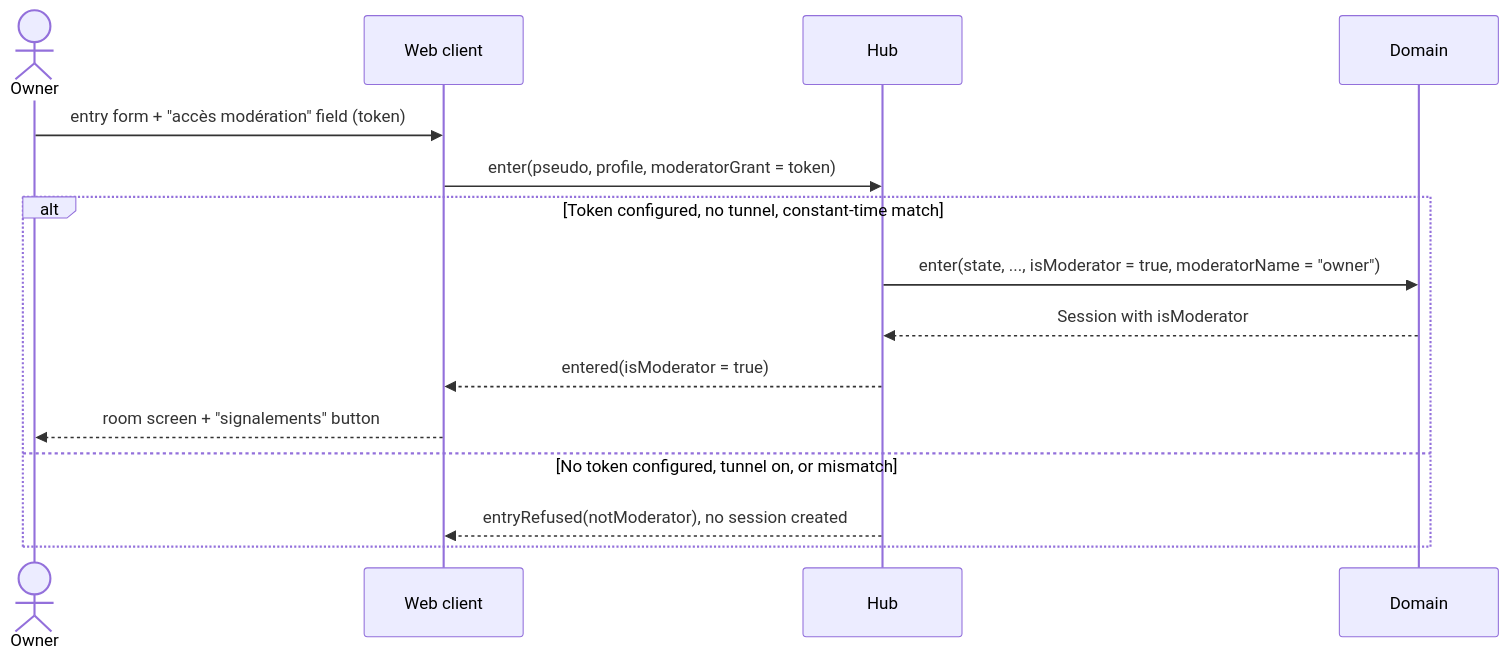
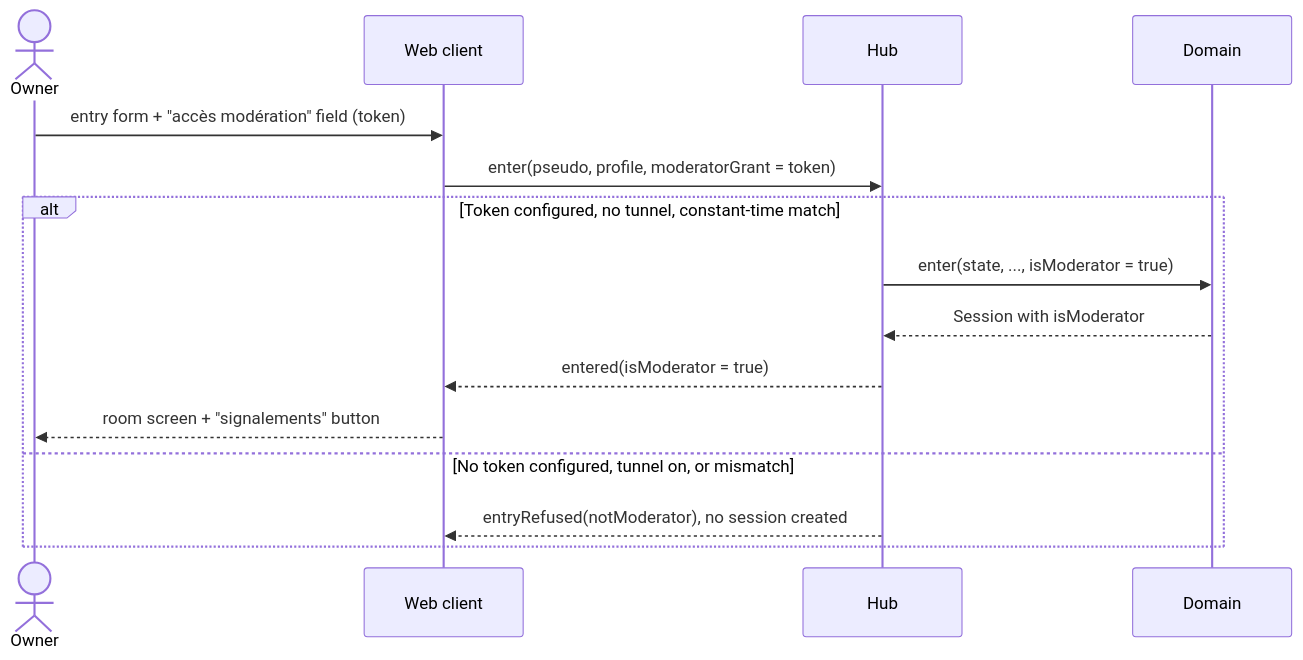
The diagram in docs/architecture/diagrams/moderation/02e-sequence-interim-moderator-access.md (benoit-bremaud/asv), drawn with Mermaid before and after one commit. The commit also changed 25 other files, not shown here.

````diff
--- a/docs/architecture/diagrams/moderation/02e-sequence-interim-moderator-access.md
+++ b/docs/architecture/diagrams/moderation/02e-sequence-interim-moderator-access.md
@@ -17,17 +17,17 @@
 ```mermaid
 sequenceDiagram
   actor O as Owner
   participant W as Web client
   participant H as Hub
   participant D as Domain
   O->>W: entry form + "accès modération" field (token)
   W->>H: enter(pseudo, profile, moderatorGrant = token)
   alt Token configured, no tunnel, constant-time match
-    H->>D: enter(state, ..., isModerator = true, moderatorName = "owner")
+    H->>D: enter(state, ..., isModerator = true)
     D-->>H: Session with isModerator
     H-->>W: entered(isModerator = true)
     W-->>O: room screen + "signalements" button
   else No token configured, tunnel on, or mismatch
     H-->>W: entryRefused(notModerator), no session created
   end
 ```
````
